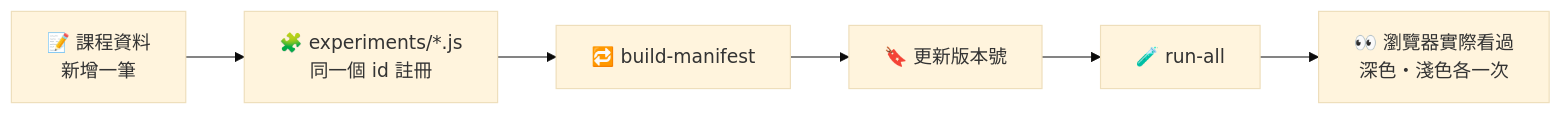
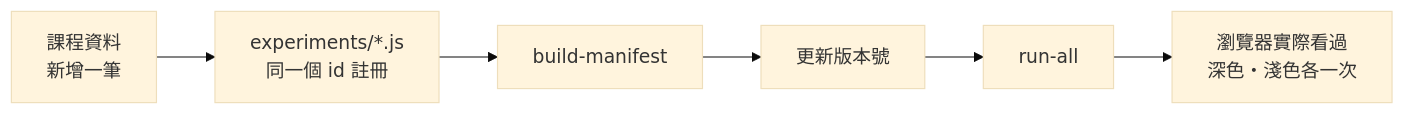
Before and after one commit to Yu-0312/senior-science: the eighth of 9 diagrams in README.md, drawn with Mermaid (base theme). The commit also changed other lines of this file and 34 other files, not shown here.

````diff
--- a/README.md
+++ b/README.md
@@ -512,8 +512,8 @@
 ```mermaid
 flowchart LR
-    A["📝 課程資料<br/>新增一筆"] --> B["🧩 experiments/*.js<br/>同一個 id 註冊"]
-    B --> C["🔁 build-manifest"]
-    C --> D["🔖 更新版本號"]
-    D --> E["🧪 run-all"]
-    E --> F["👀 瀏覽器實際看過<br/>深色・淺色各一次"]
+    A["課程資料<br/>新增一筆"] --> B["experiments/*.js<br/>同一個 id 註冊"]
+    B --> C["build-manifest"]
+    C --> D["更新版本號"]
+    D --> E["run-all"]
+    E --> F["瀏覽器實際看過<br/>深色・淺色各一次"]
 ```
````
